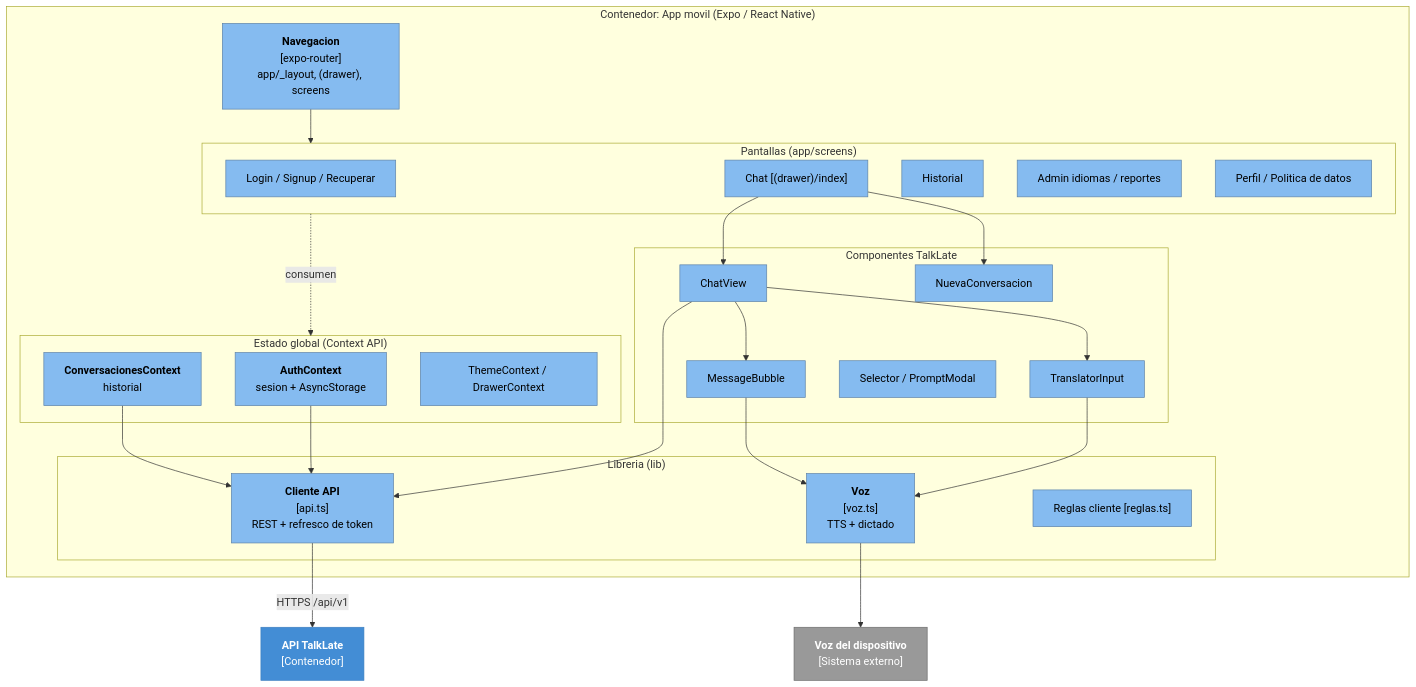
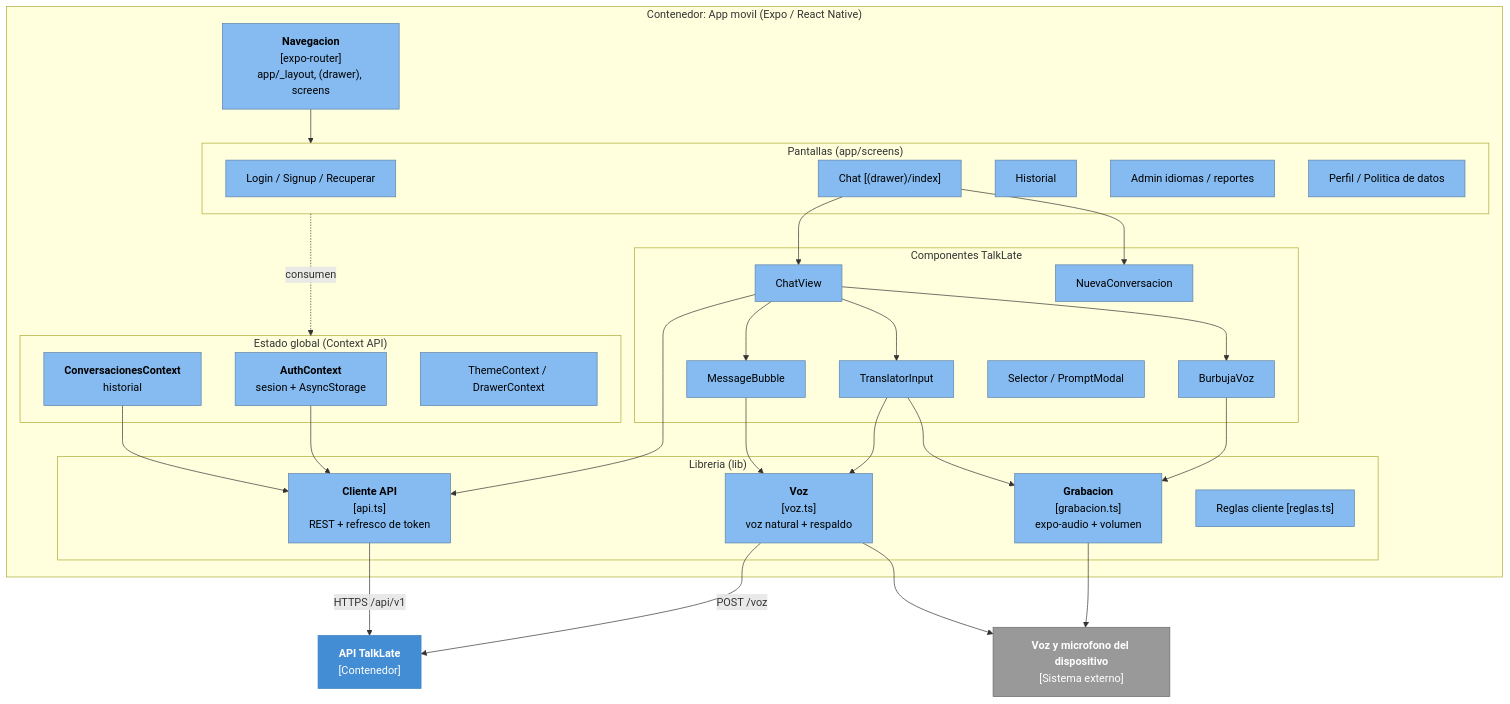
Before and after one commit to Dafatalk/talklate: the second of 5 diagrams in arquitectura/arquitectura.md, drawn with Mermaid. The commit also changed other lines of this file and 25 other files, not shown here.

````diff
--- a/arquitectura/arquitectura.md
+++ b/arquitectura/arquitectura.md
@@ -120,52 +136,58 @@
 ```mermaid
 flowchart TB
     subgraph app["Contenedor: App movil (Expo / React Native)"]
         nav["<b>Navegacion</b><br/>[expo-router]<br/>app/_layout, (drawer), screens"]
         subgraph pant["Pantallas (app/screens)"]
             pAuth["Login / Signup / Recuperar"]
             pChat["Chat [(drawer)/index]"]
             pHist["Historial"]
             pAdmin["Admin idiomas / reportes"]
             pPerfil["Perfil / Politica de datos"]
         end
         subgraph estado["Estado global (Context API)"]
             auth["<b>AuthContext</b><br/>sesion + AsyncStorage"]
             convs["<b>ConversacionesContext</b><br/>historial"]
             tema["ThemeContext / DrawerContext"]
         end
         subgraph comp["Componentes TalkLate"]
             chat["ChatView"]
+            bvoz["BurbujaVoz"]
             input["TranslatorInput"]
             burbuja["MessageBubble"]
             nueva["NuevaConversacion"]
             sel["Selector / PromptModal"]
         end
         subgraph libf["Libreria (lib)"]
             apicli["<b>Cliente API</b><br/>[api.ts]<br/>REST + refresco de token"]
-            vozc["<b>Voz</b><br/>[voz.ts]<br/>TTS + dictado"]
+            grab["<b>Grabacion</b><br/>[grabacion.ts]<br/>expo-audio + volumen"]
+            vozc["<b>Voz</b><br/>[voz.ts]<br/>voz natural + respaldo"]
             reglas["Reglas cliente [reglas.ts]"]
         end
     end
     apiback["<b>API TalkLate</b><br/>[Contenedor]"]
-    vozsys["<b>Voz del dispositivo</b><br/>[Sistema externo]"]
+    vozsys["<b>Voz y microfono del dispositivo</b><br/>[Sistema externo]"]
 
     nav --> pant
     pChat --> chat
-    chat --> input & burbuja
+    chat --> bvoz & input & burbuja
+    bvoz --> grab
+    input --> grab
+    grab --> vozsys
+    vozc -->|POST /voz| apiback
     pChat --> nueva
     pant -.->|consumen| estado
     chat --> apicli
     auth --> apicli
     convs --> apicli
     input --> vozc
     burbuja --> vozc
     apicli -->|HTTPS /api/v1| apiback
     vozc --> vozsys
 
     classDef externo fill:#999999,stroke:#6B6B6B,color:#FFFFFF
     classDef contenedor fill:#438DD5,stroke:#3C7FC0,color:#FFFFFF
     classDef componente fill:#85BBF0,stroke:#5D82A8,color:#000000
     class apiback contenedor
     class vozsys externo
-    class nav,pAuth,pChat,pHist,pAdmin,pPerfil,auth,convs,tema,chat,input,burbuja,nueva,sel,apicli,vozc,reglas componente
+    class nav,pAuth,pChat,pHist,pAdmin,pPerfil,auth,convs,tema,chat,bvoz,input,burbuja,nueva,sel,apicli,grab,vozc,reglas componente
 ```
````
